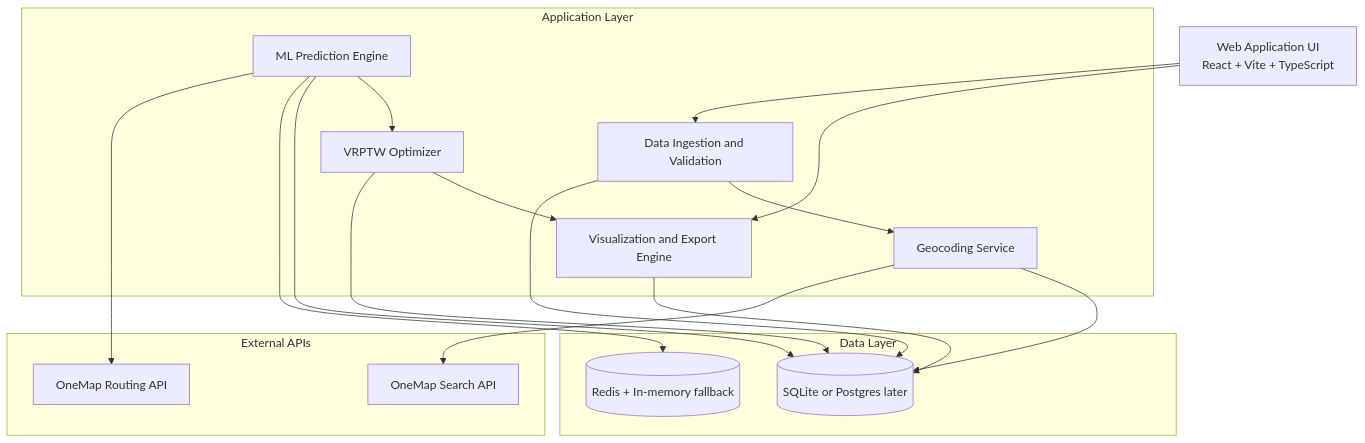
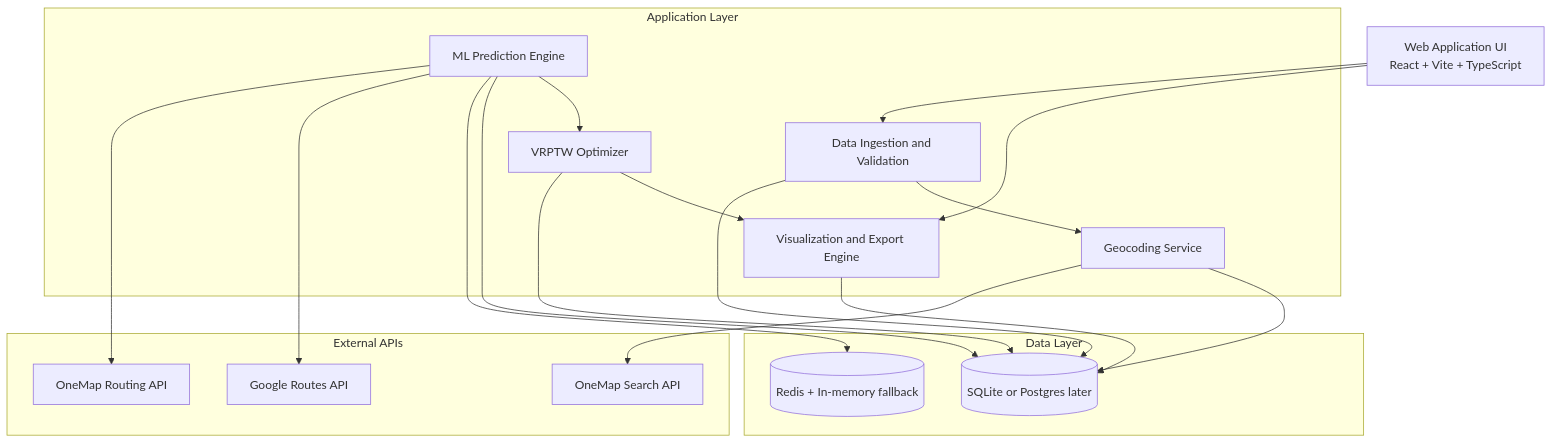
One commit to jasonjlcl/SG-Route-OPT changed the first of 4 diagrams in ARCHITECTURE.md. Above: the diagram before and after it, drawn with Mermaid. The commit also changed other lines of this file and 1 other file, not shown here.

Commit message:
docs: refresh README and architecture for current production state

````diff
--- a/ARCHITECTURE.md
+++ b/ARCHITECTURE.md
@@ -7,36 +7,38 @@
 ```mermaid
 flowchart TD
     UI[Web Application UI<br/>React + Vite + TypeScript]
 
     subgraph APP[Application Layer]
       ING[Data Ingestion and Validation]
       GEO[Geocoding Service]
       ML[ML Prediction Engine]
       OPT[VRPTW Optimizer]
       VIS[Visualization and Export Engine]
     end
 
     subgraph EXT[External APIs]
       OMS[OneMap Search API]
       OMR[OneMap Routing API]
+      GRT[Google Routes API]
     end
 
     subgraph DATA[Data Layer]
       DB[(SQLite or Postgres later)]
       CACHE[(Redis + In-memory fallback)]
     end
 
     UI --> ING
     UI --> VIS
     ING --> DB
     ING --> GEO
     GEO --> OMS
     GEO --> DB
     ML --> OMR
+    ML --> GRT
     ML --> CACHE
     ML --> DB
     ML --> OPT
     OPT --> DB
     OPT --> VIS
     VIS --> DB
 ```
````
